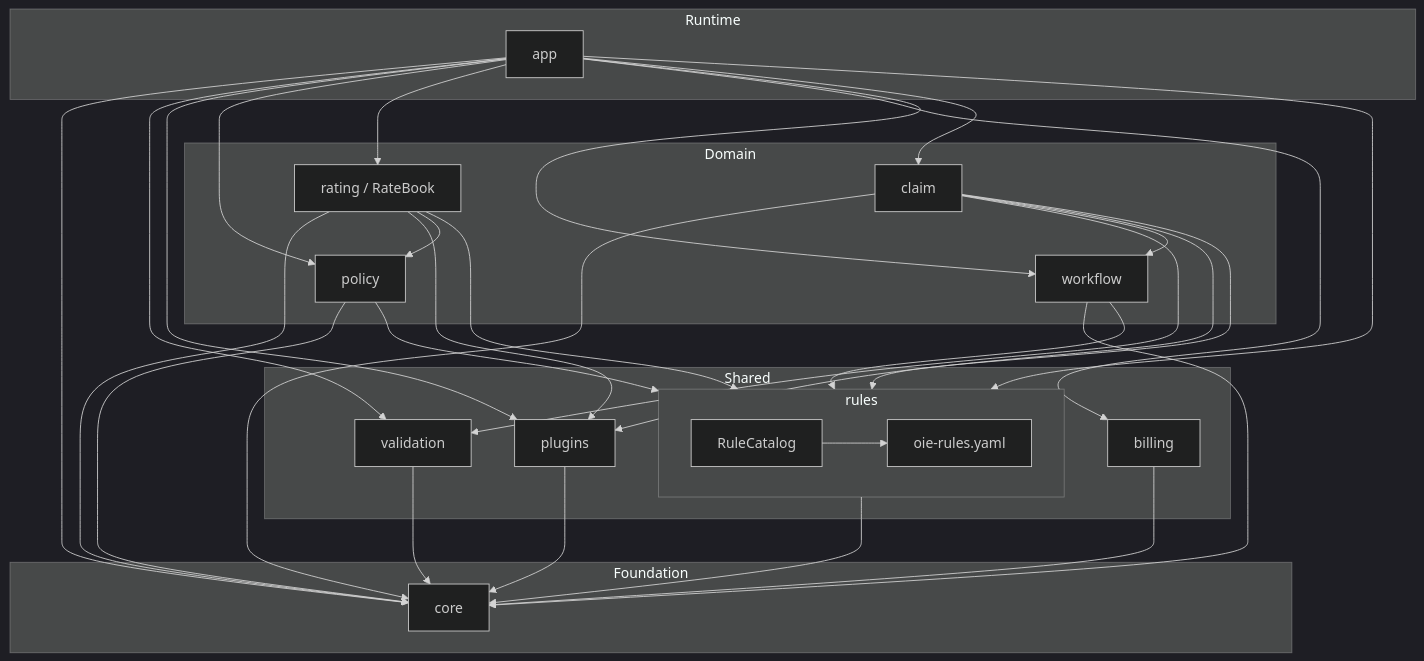
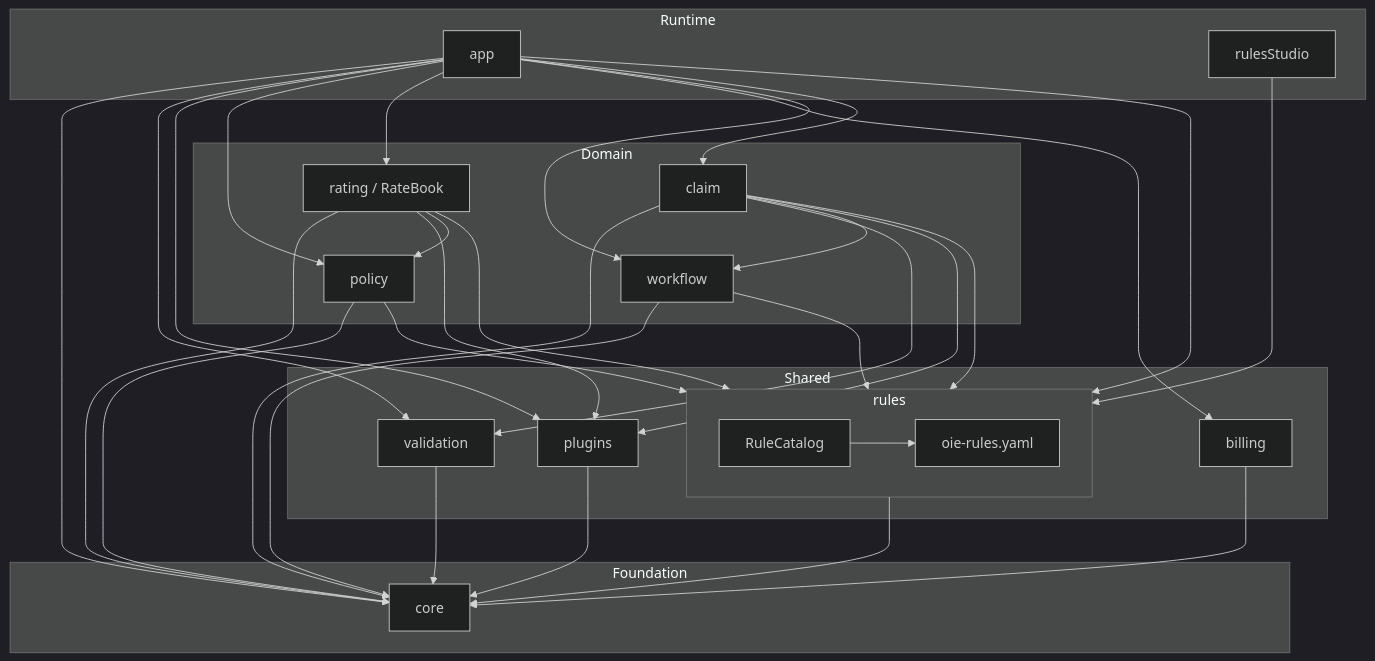
One commit to bieli/open-insurance-engine changed the diagram in README.md. Above: the diagram before and after it, drawn with Mermaid (dark theme). The commit also changed other lines of this file and 27 other files, not shown here.

Commit message:
create Rules Studio UI - fronend app. for fast and more useful edit mode for rules and dictionaries

````diff
--- a/README.md
+++ b/README.md
@@ -27,57 +28,59 @@
 ```mermaid
 flowchart TB
   subgraph foundation["Foundation"]
     core["core"]
   end
 
   subgraph shared["Shared"]
     subgraph rulesBox["rules"]
       yaml["oie-rules.yaml"]
       catalog["RuleCatalog"]
       catalog --> yaml
     end
     validation["validation"]
     plugins["plugins"]
     billing["billing"]
   end
 
   subgraph domain["Domain"]
     policy["policy"]
     workflow["workflow"]
     rating["rating / RateBook"]
     claim["claim"]
   end
 
   subgraph runtime["Runtime"]
     app["app"]
+    rulesStudio["rulesStudio"]
   end
 
   rulesBox --> core
   validation --> core
   plugins --> core
   billing --> core
 
   policy --> core
   policy --> rulesBox
   workflow --> core
   workflow --> rulesBox
   rating --> core
   rating --> plugins
   rating --> policy
   rating --> rulesBox
   claim --> core
   claim --> rulesBox
   claim --> validation
   claim --> workflow
   claim --> plugins
 
   app --> core
   app --> rulesBox
   app --> validation
   app --> plugins
   app --> policy
   app --> rating
   app --> billing
   app --> workflow
   app --> claim
+  rulesStudio --> rulesBox
 ```
````
